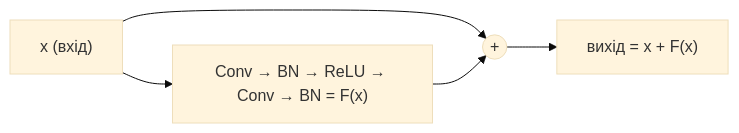
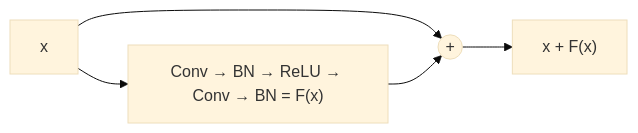
One commit to alisea-natan/aerial_vehicle_detection changed the fourth of 5 diagrams in guides/unified_cv_ds_engineer_guide.md. Above: the diagram before and after it, drawn with Mermaid (base theme). The commit also changed other lines of this file, not shown here.

````diff
--- a/guides/unified_cv_ds_engineer_guide.md
+++ b/guides/unified_cv_ds_engineer_guide.md
@@ -562,7 +481,7 @@
 ```mermaid
 flowchart LR
-    X["x&nbsp;(вхід)"] --> F["Conv → BN → ReLU → Conv → BN&nbsp;=&nbsp;F(x)"]
+    X["x"] --> F["Conv → BN → ReLU → Conv → BN = F(x)"]
     X --> SUM(("+"))
     F --> SUM
-    SUM --> Y["вихід = x + F(x)"]
+    SUM --> Y["x + F(x)"]
 ```
````
